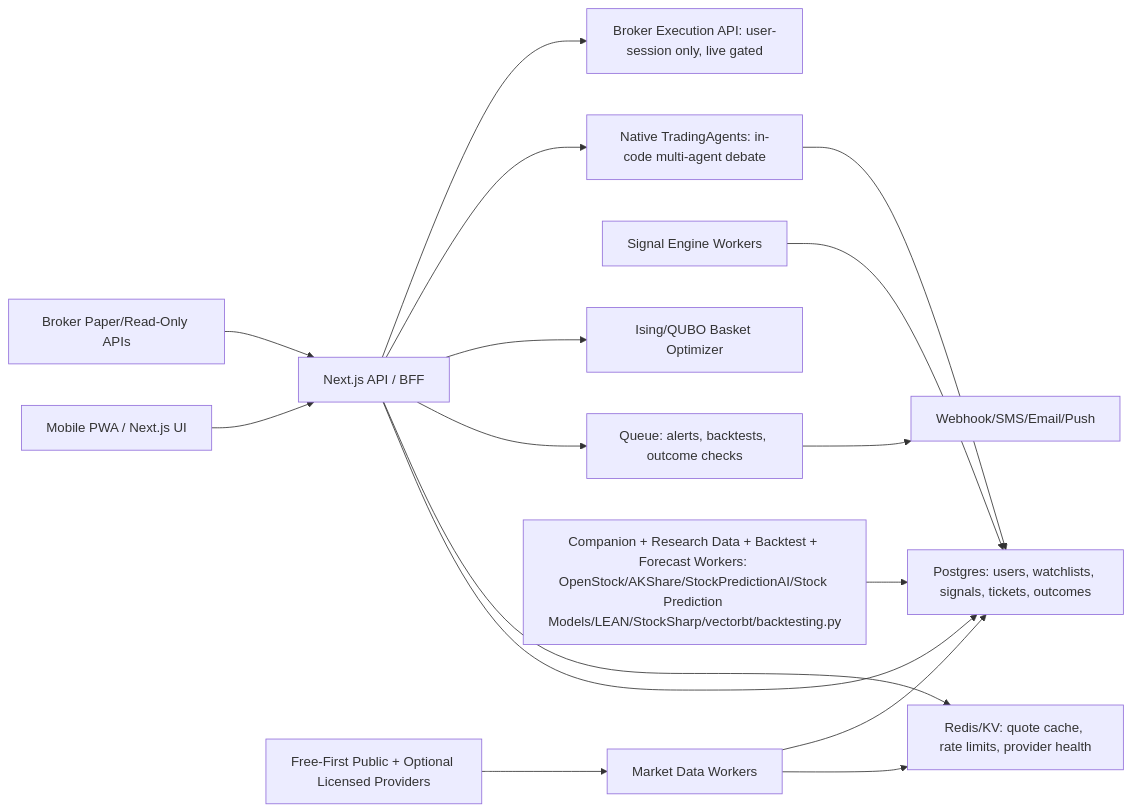
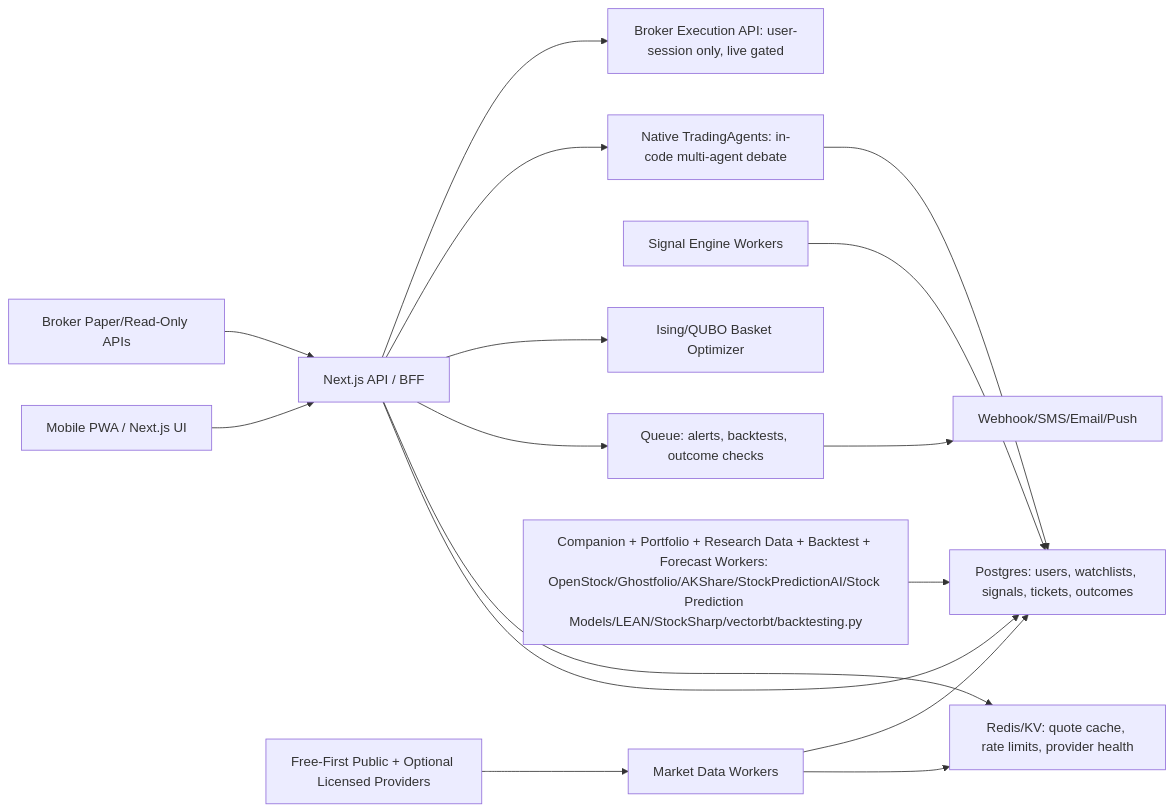
Before and after one commit to pinohu/trading-intel: the diagram in docs/ARCHITECTURE.md, drawn with Mermaid. The commit also changed other lines of this file and 14 other files, not shown here.

Commit message:
Add Ghostfolio portfolio worker lane

````diff
--- a/docs/ARCHITECTURE.md
+++ b/docs/ARCHITECTURE.md
@@ -35,18 +35,18 @@
 ```mermaid
 flowchart LR
   UI["Mobile PWA / Next.js UI"] --> BFF["Next.js API / BFF"]
   BFF --> DB["Postgres: users, watchlists, signals, tickets, outcomes"]
   BFF --> Cache["Redis/KV: quote cache, rate limits, provider health"]
   BFF --> Queue["Queue: alerts, backtests, outcome checks"]
   DataWorker["Market Data Workers"] --> Cache
   DataWorker --> DB
   Providers["Free-First Public + Optional Licensed Providers"] --> DataWorker
   SignalWorker["Signal Engine Workers"] --> DB
   BFF --> Ising["Ising/QUBO Basket Optimizer"]
   BFF --> TradingAgents["Native TradingAgents: in-code multi-agent debate"]
   TradingAgents --> DB
-  BacktestWorker["Companion + Research Data + Backtest + Forecast Workers: OpenStock/AKShare/StockPredictionAI/Stock Prediction Models/LEAN/StockSharp/vectorbt/backtesting.py"] --> DB
+  BacktestWorker["Companion + Portfolio + Research Data + Backtest + Forecast Workers: OpenStock/Ghostfolio/AKShare/StockPredictionAI/Stock Prediction Models/LEAN/StockSharp/vectorbt/backtesting.py"] --> DB
   Broker["Broker Paper/Read-Only APIs"] --> BFF
   BFF --> BrokerExec["Broker Execution API: user-session only, live gated"]
   Queue --> Alerts["Webhook/SMS/Email/Push"]
 ```
````
